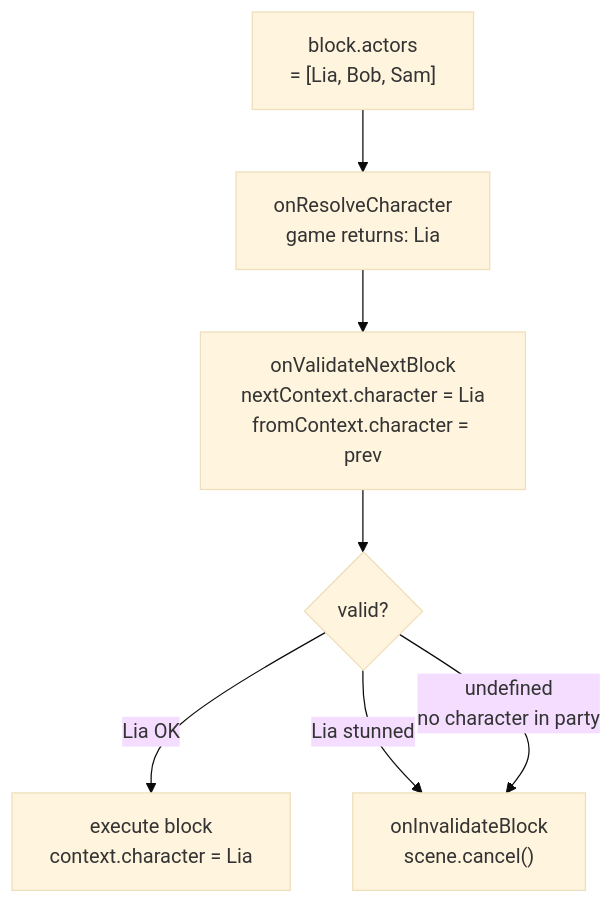
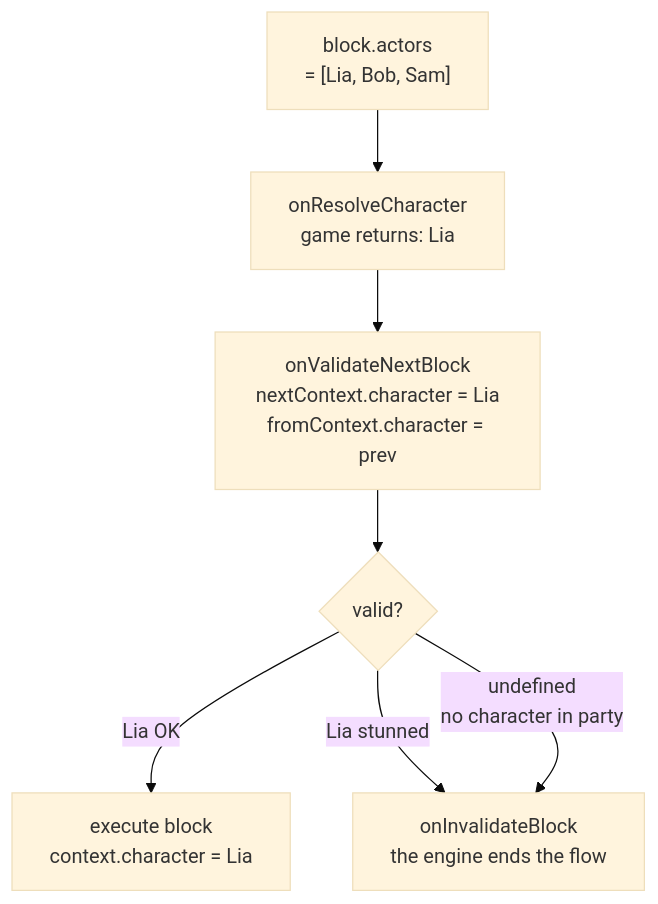
One commit to jonlepage/LS-Dialog-Editor-Engine changed the second of 2 diagrams in lsde-ts/docs/fr/guide/lifecycle.md. Above: the diagram before and after it, drawn with Mermaid (base theme). The commit also changed other lines of this file and 23 other files, not shown here.

````diff
--- a/lsde-ts/docs/fr/guide/lifecycle.md
+++ b/lsde-ts/docs/fr/guide/lifecycle.md
@@ -98,9 +98,9 @@
 ```mermaid
 flowchart TD
     A["block.actors\n= [Lia, Bob, Sam]"] --> B["onResolveCharacter\ngame returns: Lia"]
     B --> C["onValidateNextBlock\nnextContext.character = Lia\nfromContext.character = prev"]
     C --> D{valid?}
     D -- "Lia OK" --> E["execute block\ncontext.character = Lia"]
-    D -- "Lia stunned" --> F["onInvalidateBlock\nscene.cancel()"]
+    D -- "Lia stunned" --> F["onInvalidateBlock\nthe engine ends the flow"]
     D -- "undefined\nno character in party" --> F
 ```
````
